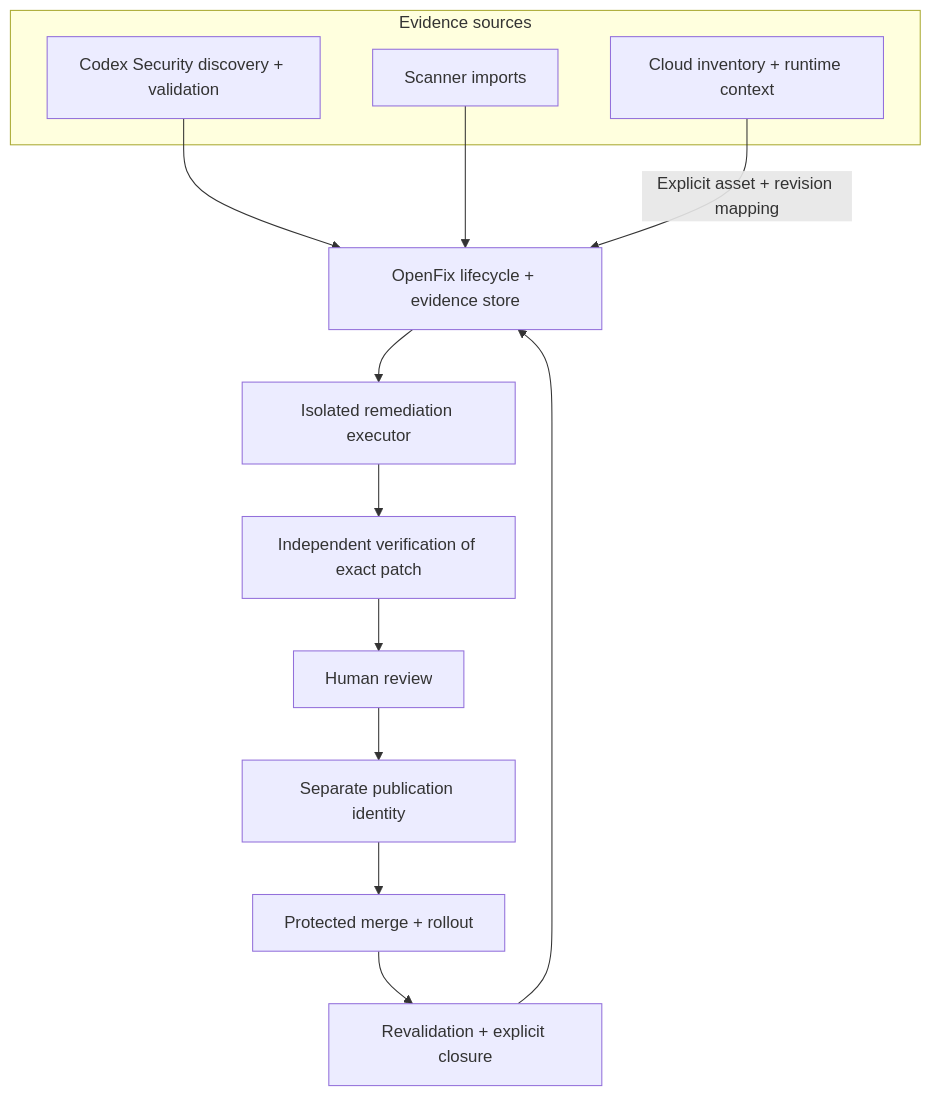
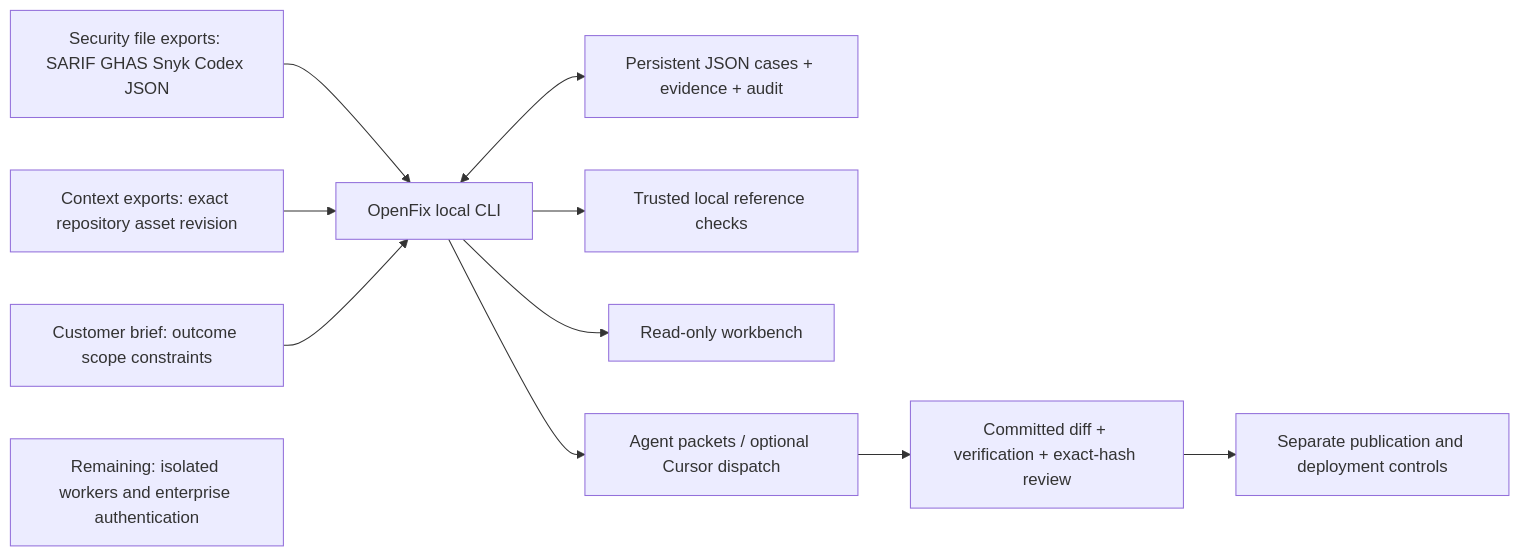
The diagram in docs/prep/diagrams/architecture.mmd (markusweldon/openfix), drawn with Mermaid before and after one commit. The commit also changed 56 other files, not shown here.

First line of the commit message:
Build OpenFix 0.2 findings intelligence and controlled remediation workflow

```diff
--- a/docs/prep/diagrams/architecture.mmd
+++ b/docs/prep/diagrams/architecture.mmd
@@ -1,16 +1,11 @@
-flowchart TB
-  subgraph sources[Evidence sources]
-    A[Codex Security discovery + validation]
-    B[Scanner imports]
-    C[Cloud inventory + runtime context]
-  end
-  A --> D[OpenFix lifecycle + evidence store]
-  B --> D
-  C -->|Explicit asset + revision mapping| D
-  D --> E[Isolated remediation executor]
-  E --> F[Independent verification of exact patch]
-  F --> G[Human review]
-  G --> H[Separate publication identity]
-  H --> I[Protected merge + rollout]
-  I --> J[Revalidation + explicit closure]
-  J --> D
+flowchart LR
+  A[Security file exports: SARIF GHAS Snyk Codex JSON] --> D[OpenFix local CLI]
+  B[Context exports: exact repository asset revision] --> D
+  C[Customer brief: outcome scope constraints] --> D
+  D <--> E[Persistent JSON cases + evidence + audit]
+  D --> F[Trusted local reference checks]
+  D --> G[Read-only workbench]
+  D --> H[Agent packets / optional Cursor dispatch]
+  H --> I[Committed diff + verification + exact-hash review]
+  I --> J[Separate publication and deployment controls]
+  K[Remaining: isolated workers and enterprise authentication]
```
